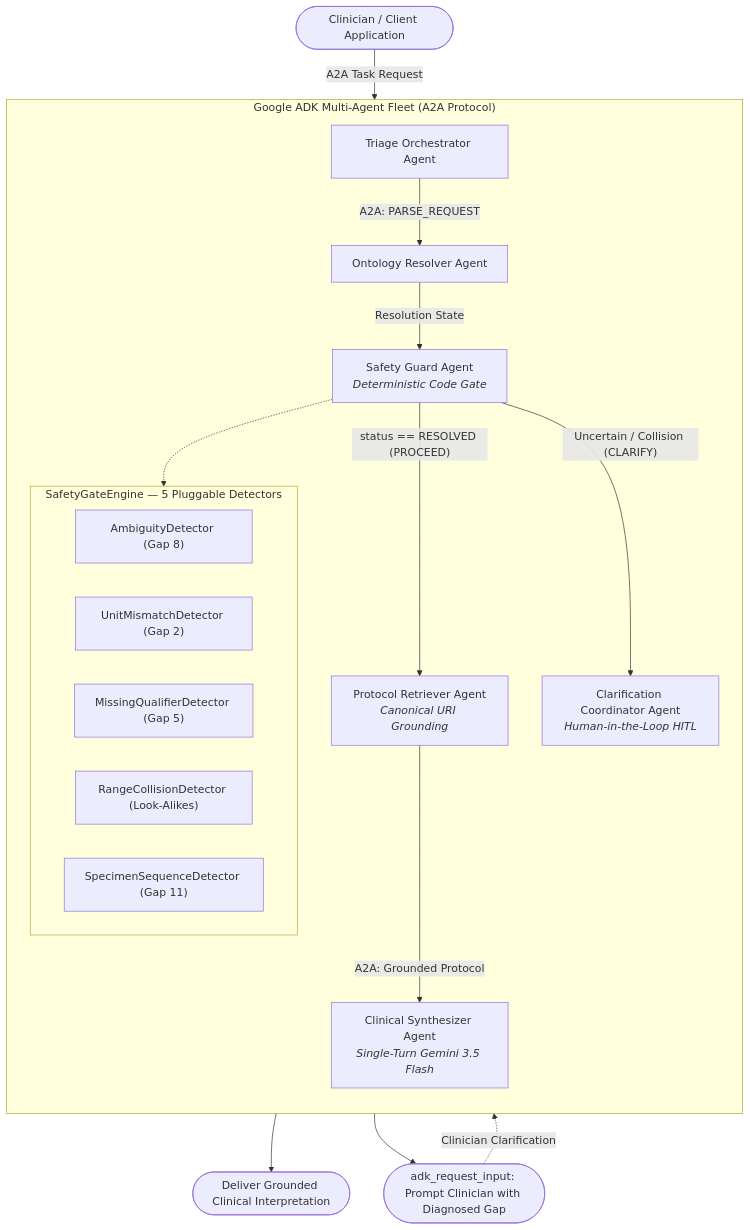
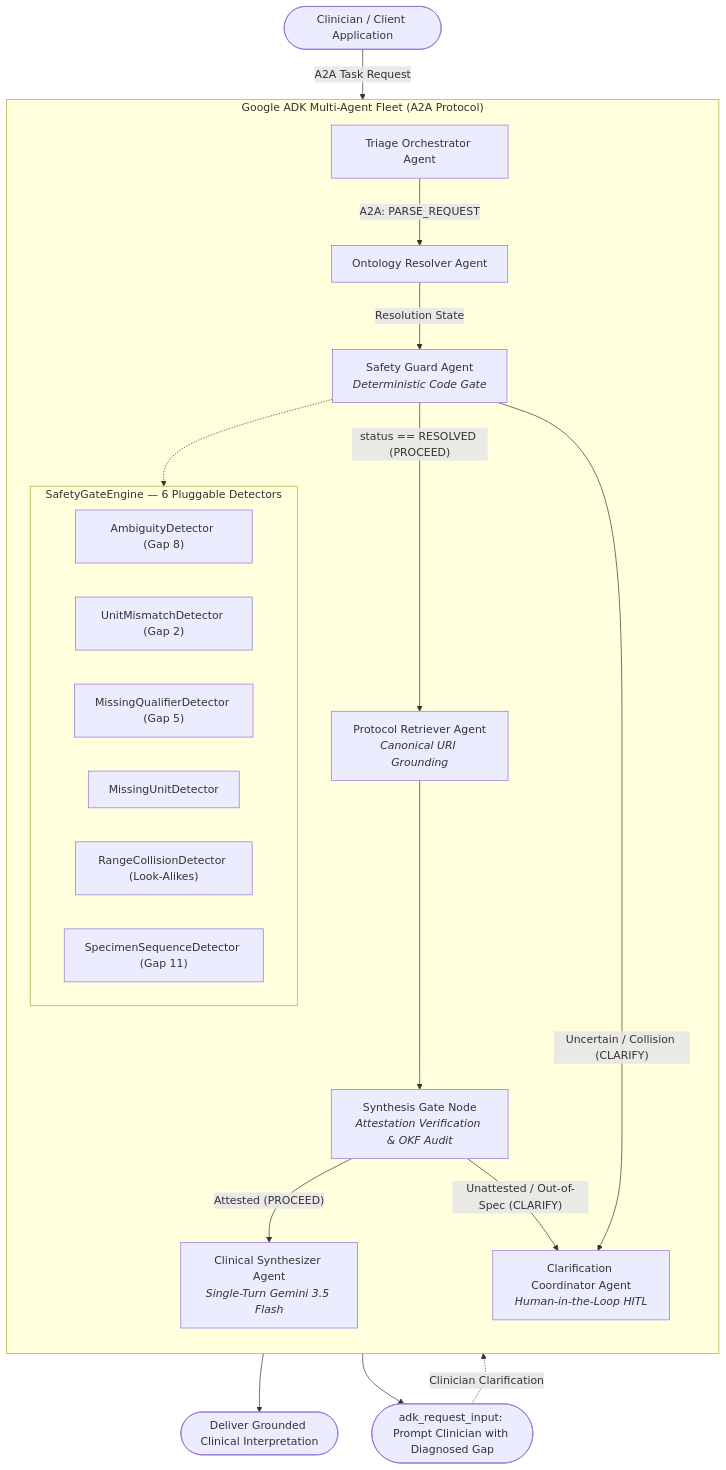
Before and after one commit to amitpuri/multiagent-retrieval-gaps: the first of 4 diagrams in README.md, drawn with Mermaid. The commit also changed other lines of this file and 2 other files, not shown here.

Commit message:
Code Review - refactored - retrieval gap

````diff
--- a/README.md
+++ b/README.md
@@ -170,28 +171,31 @@
 ```mermaid
 flowchart TD
     Clinician([Clinician / Client Application]) -->|A2A Task Request| Triage[Triage Orchestrator Agent]
 
     subgraph MultiAgent_Fleet["Google ADK Multi-Agent Fleet (A2A Protocol)"]
         direction TB
 
         Triage -->|A2A: PARSE_REQUEST| OntologyAgent[Ontology Resolver Agent]
         OntologyAgent -->|Resolution State| SafetyGuard[Safety Guard Agent<br/><i>Deterministic Code Gate</i>]
 
-        subgraph Gap_Detectors["SafetyGateEngine — 5 Pluggable Detectors"]
+        subgraph Gap_Detectors["SafetyGateEngine — 6 Pluggable Detectors"]
             AmbiguityDet["AmbiguityDetector (Gap 8)"]
             UnitMismatchDet["UnitMismatchDetector (Gap 2)"]
             MissingQualDet["MissingQualifierDetector (Gap 5)"]
+            MissingUnitDet["MissingUnitDetector"]
             RangeCollisionDet["RangeCollisionDetector (Look-Alikes)"]
             SpecimenSeqDet["SpecimenSequenceDetector (Gap 11)"]
         end
 
         SafetyGuard -.-> Gap_Detectors
         SafetyGuard -- "status == RESOLVED (PROCEED)" --> ProtocolAgent[Protocol Retriever Agent<br/><i>Canonical URI Grounding</i>]
-        ProtocolAgent -->|A2A: Grounded Protocol| SynthesisAgent[Clinical Synthesizer Agent<br/><i>Single-Turn Gemini 3.5 Flash</i>]
+        ProtocolAgent --> AttestGate[Synthesis Gate Node<br/><i>Attestation Verification & OKF Audit</i>]
+        AttestGate -- "Attested (PROCEED)" --> SynthesisAgent[Clinical Synthesizer Agent<br/><i>Single-Turn Gemini 3.5 Flash</i>]
+        AttestGate -- "Unattested / Out-of-Spec (CLARIFY)" --> ClarifyAgent
         SafetyGuard -- "Uncertain / Collision (CLARIFY)" --> ClarifyAgent[Clarification Coordinator Agent<br/><i>Human-in-the-Loop HITL</i>]
     end
 
     SynthesisAgent --> Deliver([Deliver Grounded Clinical Interpretation])
     ClarifyAgent --> RequestInput([adk_request_input: Prompt Clinician with Diagnosed Gap])
     RequestInput -.->|Clinician Clarification| Triage
 ```
````
